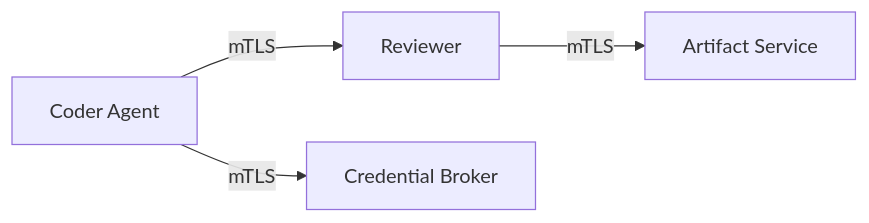
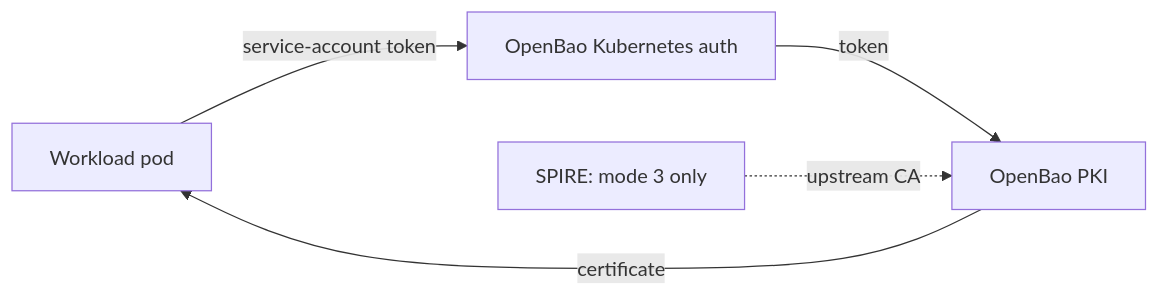
One commit to vymalo/another-agentic-platform changed the fifth of 9 diagrams in docs/architecture/08-security.md. Above: the diagram before and after it, drawn with Mermaid. The commit also changed other lines of this file and 2 other files, not shown here.

````diff
--- a/docs/architecture/08-security.md
+++ b/docs/architecture/08-security.md
@@ -421,11 +421,7 @@
 ```mermaid
 flowchart LR
-    Coder[Coder Agent]
-    Reviewer[Reviewer]
-    Broker[Credential Broker]
-    Artifact[Artifact Service]
-
-    Coder -->|mTLS| Reviewer
-    Coder -->|mTLS| Broker
-    Reviewer -->|mTLS| Artifact
+    Pod[Workload pod] -->|service-account token| BAO[OpenBao Kubernetes auth]
+    BAO -->|token| PKI[OpenBao PKI]
+    PKI -->|certificate| Pod
+    SPIRE[SPIRE: mode 3 only] -.->|upstream CA| PKI
 ```
````
